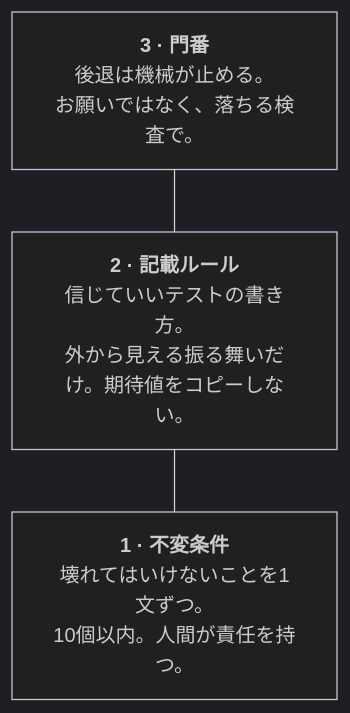
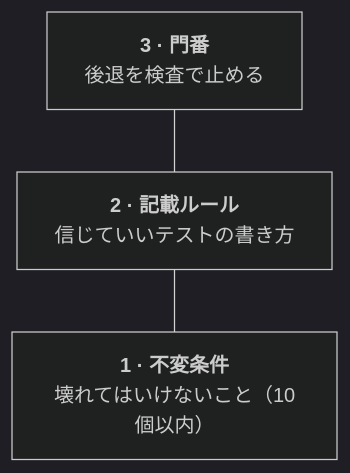
One commit to rerorets/hadome changed the second of 2 diagrams in README.ja.md. Above: the diagram before and after it, drawn with Mermaid (dark theme). The commit also changed other lines of this file and 20 other files, not shown here.

````diff
--- a/README.ja.md
+++ b/README.ja.md
@@ -198,7 +265,7 @@
 ```mermaid
 flowchart TB
-  G["<b>3 · 門番</b><br/>後退は機械が止める。<br/>お願いではなく、落ちる検査で。"]
-  R["<b>2 · 記載ルール</b><br/>信じていいテストの書き方。<br/>外から見える振る舞いだけ。期待値をコピーしない。"]
-  I["<b>1 · 不変条件</b><br/>壊れてはいけないことを1文ずつ。<br/>10個以内。人間が責任を持つ。"]
+  G["<b>3 · 門番</b><br/>後退を検査で止める"]
+  R["<b>2 · 記載ルール</b><br/>信じていいテストの書き方"]
+  I["<b>1 · 不変条件</b><br/>壊れてはいけないこと（10個以内）"]
   G --- R --- I
 ```
````
